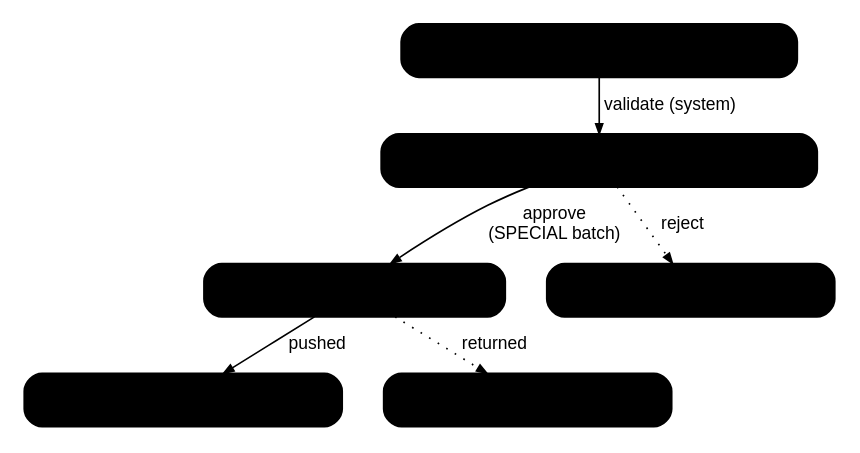
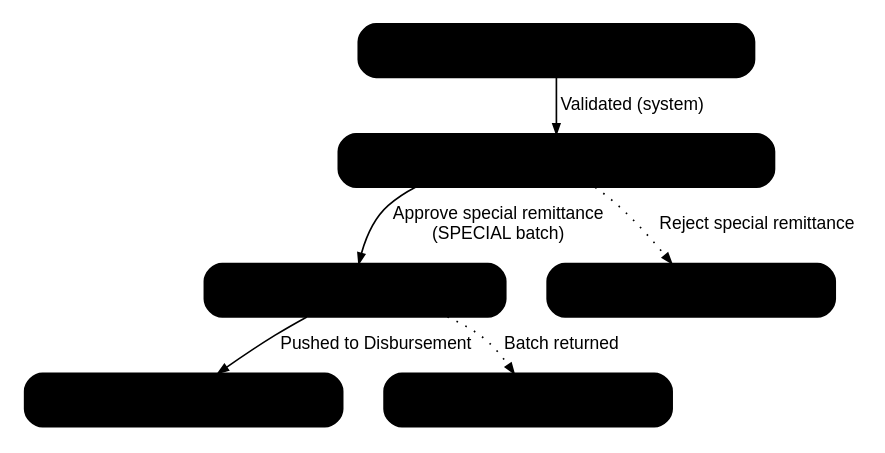
One commit to IortaTexhNXT-DEV/FinVerse changed the diagram in docs/deliverables/src/BRD-02_Operations/figures/brd02_wf_special.dot. Above: the diagram before and after it, drawn with Graphviz. The commit also changed 42 other files, not shown here.

```diff
--- a/docs/deliverables/src/BRD-02_Operations/figures/brd02_wf_special.dot
+++ b/docs/deliverables/src/BRD-02_Operations/figures/brd02_wf_special.dot
@@ -1,22 +1,22 @@
 // BRD-2: workflow OPS_SPECIAL_REMIT (V771; MKTID.009, RMTID.030/033). FRS section 5. Stage owner in the second line.
 // Solid = main path, dashed = return or optional path, dotted = closes the case.
 digraph wf_special {
   graph [rankdir=TB, fontname="Arial", nodesep=0.35, ranksep=0.3, bgcolor="white", pad=0.1];
   node  [shape=box, style="rounded,filled", fillcolor="@BG_BLUE", color="@HEADER_BLUE", penwidth=1.1,
          fontname="Arial", fontsize=12, fontcolor="@NEAR_BLACK", width=2.4, height=0.45, margin="0.08,0.02"];
   edge  [color="@MUTED", arrowsize=0.6, fontname="Arial", fontsize=10.5, fontcolor="@TEXT"];
 
   REQUESTED [label="REQUESTED\nMarketing (SPECIAL_REMIT_REQUEST)"];
   FOR_APPROVAL [label="FOR_APPROVAL\nRemittance TL (SPECIAL_REMIT_APPROVE)"];
   IN_PROCESS_REMITTANCE [label="IN_PROCESS_REMITTANCE\nProcessor (REMIT_PROCESS)"];
   PUSHED_TO_DISBURSEMENT [label="PUSHED_TO_DISBURSEMENT", fillcolor="@SUCCESS_BG", color="@SUCCESS"];
   REJECTED [label="REJECTED", fillcolor="@DIRTY_WHITE", color="@MUTED"];
   RETURNED [label="RETURNED", fillcolor="@DIRTY_WHITE", color="@MUTED"];
 
-  REQUESTED -> FOR_APPROVAL [label=" validate (system)"];
-  FOR_APPROVAL -> IN_PROCESS_REMITTANCE [label=" approve\n(SPECIAL batch)"];
-  FOR_APPROVAL -> REJECTED [label=" reject", style=dotted];
-  IN_PROCESS_REMITTANCE -> PUSHED_TO_DISBURSEMENT [label=" pushed"];
-  IN_PROCESS_REMITTANCE -> RETURNED [label=" returned", style=dotted];
+  REQUESTED -> FOR_APPROVAL [label=" Validated (system)"];
+  FOR_APPROVAL -> IN_PROCESS_REMITTANCE [label=" Approve special remittance\n(SPECIAL batch)"];
+  FOR_APPROVAL -> REJECTED [label=" Reject special remittance", style=dotted];
+  IN_PROCESS_REMITTANCE -> PUSHED_TO_DISBURSEMENT [label=" Pushed to Disbursement"];
+  IN_PROCESS_REMITTANCE -> RETURNED [label=" Batch returned", style=dotted];
   { rank=same; PUSHED_TO_DISBURSEMENT; RETURNED; }
 }
```
